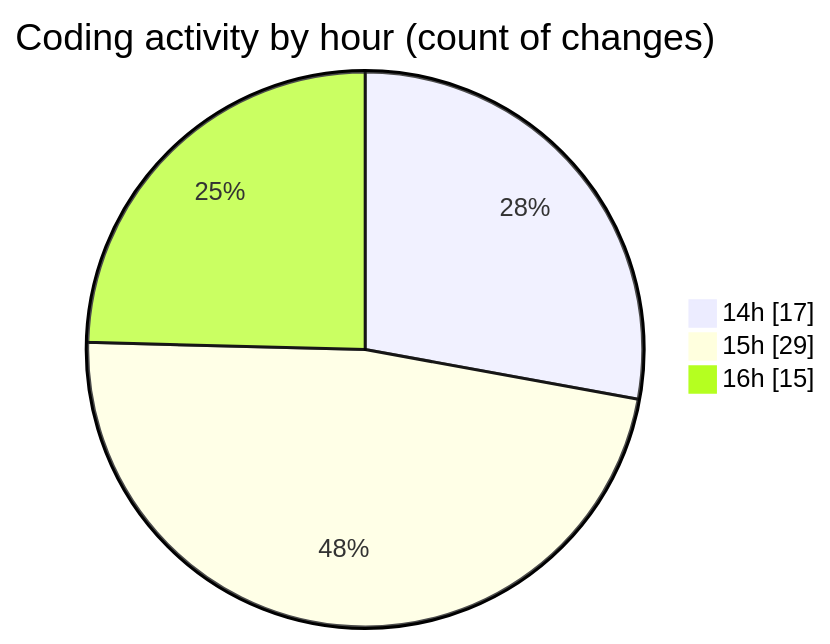
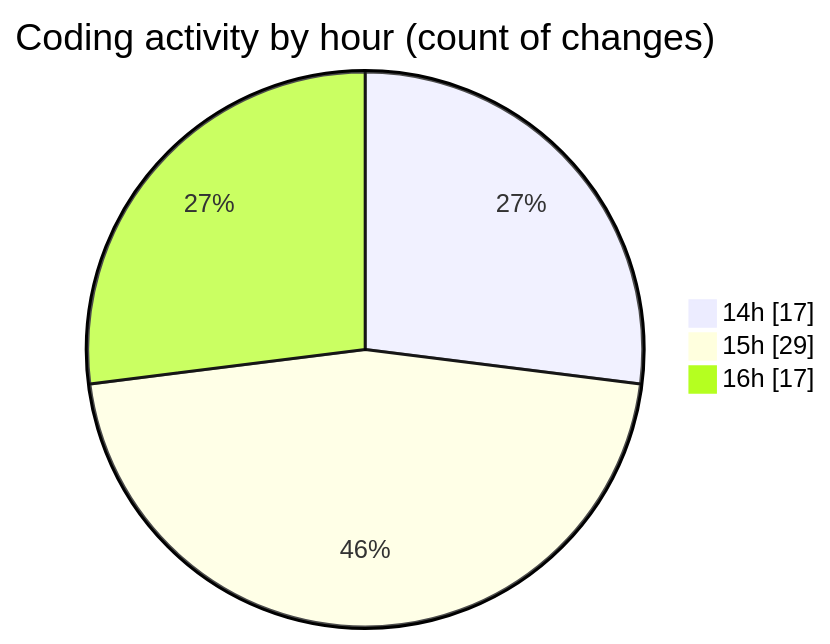
One commit to donsfak/code-tracking changed the second of 2 diagrams in 2025-04-10/trackers_app/README.md. Above: the diagram before and after it, drawn with Mermaid. The commit also changed other lines of this file and 1 other file, not shown here.

````diff
--- a/2025-04-10/trackers_app/README.md
+++ b/2025-04-10/trackers_app/README.md
@@ -46,7 +46,7 @@
 ```mermaid
 pie showData
 title Coding activity by hour (count of changes)
 "14h" : 17
 "15h" : 29
-"16h" : 15
+"16h" : 17
 ```
````
